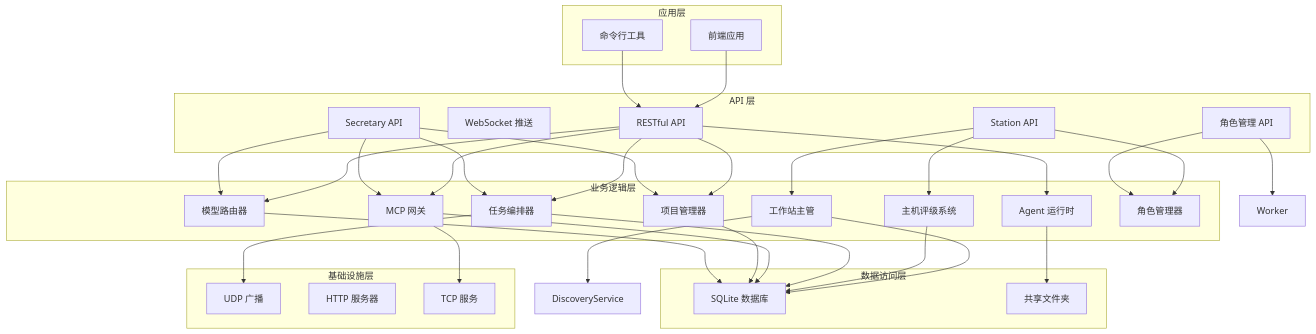
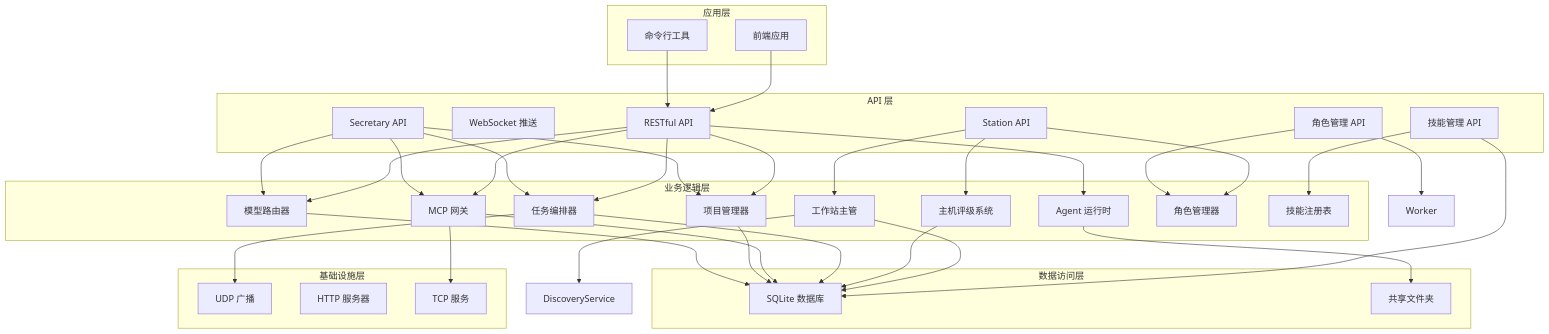
One commit to targalian/Personal-distributed-workstation changed the second of 5 diagrams in .qoder/repowiki/zh/content/Web API 接口/Web API 接口.md. Above: the diagram before and after it, drawn with Mermaid. The commit also changed other lines of this file and 92 other files, not shown here.

````diff
--- a/.qoder/repowiki/zh/content/Web API 接口/Web API 接口.md
+++ b/.qoder/repowiki/zh/content/Web API 接口/Web API 接口.md
@@ -195,59 +216,63 @@
 ```mermaid
 graph TB
 subgraph "应用层"
 Frontend[前端应用]
 CLI[命令行工具]
 end
 subgraph "API 层"
 REST[RESTful API]
 WebSocket[WebSocket 推送]
 StationAPI[Station API]
 SecretaryAPI[Secretary API]
+SkillAPI[技能管理 API]
 RoleAPI[角色管理 API]
 end
 subgraph "业务逻辑层"
 Orchestrator[任务编排器]
 MCPGateway[MCP 网关]
 AgentRuntime[Agent 运行时]
 ProjectManager[项目管理器]
 ModelRouter[模型路由器]
 StationDirector[工作站主管]
 HostRating[主机评级系统]
 RoleManager[角色管理器]
+SkillRegistry[技能注册表]
 end
 subgraph "数据访问层"
 Database[SQLite 数据库]
 SharedFolder[共享文件夹]
 end
 subgraph "基础设施层"
 UDP[UDP 广播]
 HTTP[HTTP 服务器]
 TCP[TCP 服务]
 end
 Frontend --> REST
 CLI --> REST
 REST --> Orchestrator
 REST --> MCPGateway
 REST --> AgentRuntime
 REST --> ProjectManager
 REST --> ModelRouter
 StationAPI --> StationDirector
 StationAPI --> RoleManager
 StationAPI --> HostRating
+SkillAPI --> SkillRegistry
+SkillAPI --> Database
 SecretaryAPI --> ProjectManager
 SecretaryAPI --> Orchestrator
 SecretaryAPI --> ModelRouter
 SecretaryAPI --> MCPGateway
 RoleAPI --> RoleManager
 RoleAPI --> Worker
 StationDirector --> Database
 StationDirector --> DiscoveryService
 HostRating --> Database
 Orchestrator --> Database
 MCPGateway --> Database
 AgentRuntime --> SharedFolder
 ProjectManager --> Database
 ModelRouter --> Database
 Orchestrator --> UDP
 MCPGateway --> TCP
 ```
````
